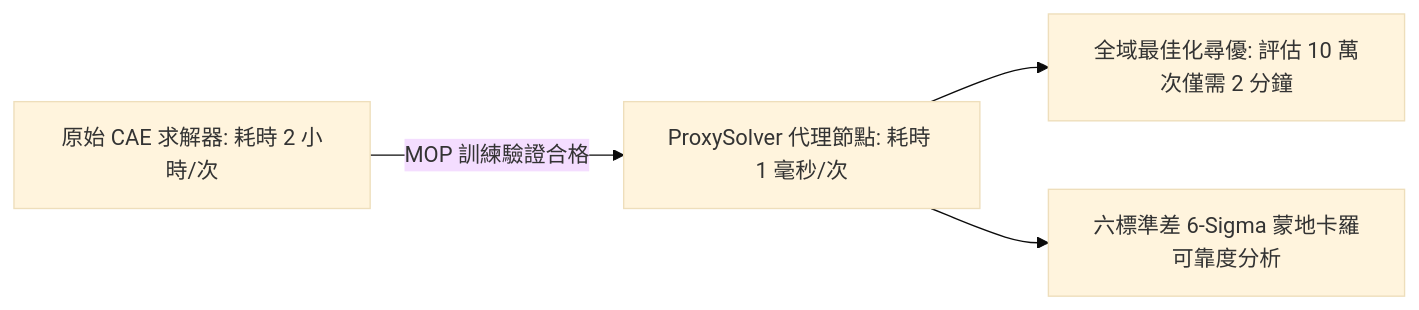
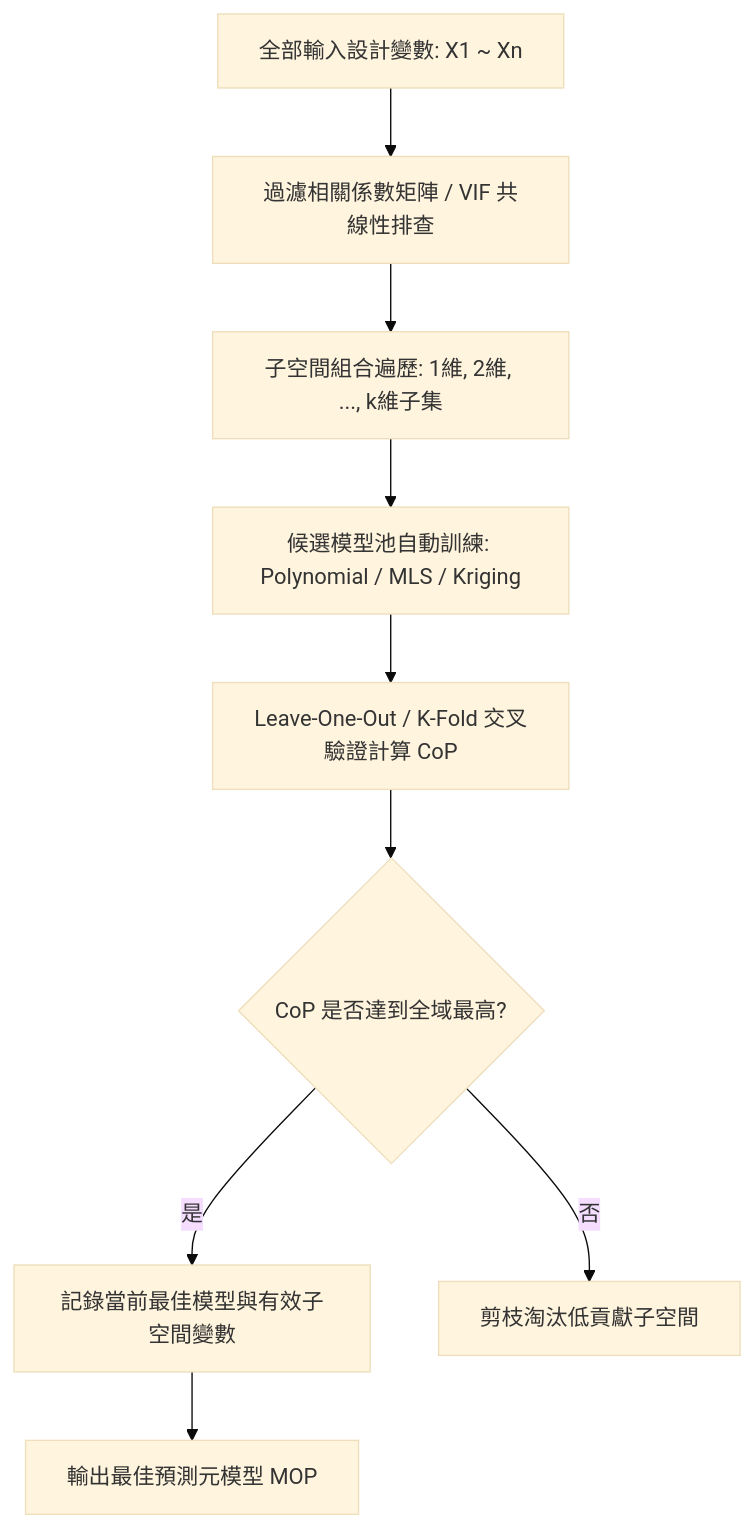
The first of 2 diagrams in SKILLs/ansys-optislang/reference/mop_metamodel.md (ikaros0902/ansys-unified-mcp), drawn with Mermaid (base theme) before and after one commit. The commit also changed other lines of this file and 113 other files, not shown here.

````diff
--- a/SKILLs/ansys-optislang/reference/mop_metamodel.md
+++ b/SKILLs/ansys-optislang/reference/mop_metamodel.md
@@ -39,6 +24,11 @@
 ```mermaid
-flowchart LR
-    A[原始 CAE 求解器: 耗時 2 小時/次] -->|MOP 訓練驗證合格| B[ProxySolver 代理節點: 耗時 1 毫秒/次]
-    B --> C[全域最佳化尋優: 評估 10 萬次僅需 2 分鐘]
-    B --> D[六標準差 6-Sigma 蒙地卡羅可靠度分析]
+flowchart TD
+    A[全部輸入設計變數: X1 ~ Xn] --> B[過濾相關係數矩陣 / VIF 共線性排查]
+    B --> C[子空間組合遍歷: 1維, 2維, ..., k維子集]
+    C --> D[候選模型池自動訓練: Polynomial / MLS / Kriging]
+    D --> E[Leave-One-Out / K-Fold 交叉驗證計算 CoP]
+    E --> F{CoP 是否達到全域最高?}
+    F -->|是| G[記錄當前最佳模型與有效子空間變數]
+    F -->|否| H[剪枝淘汰低貢獻子空間]
+    G --> I[輸出最佳預測元模型 MOP]
 ```
````
